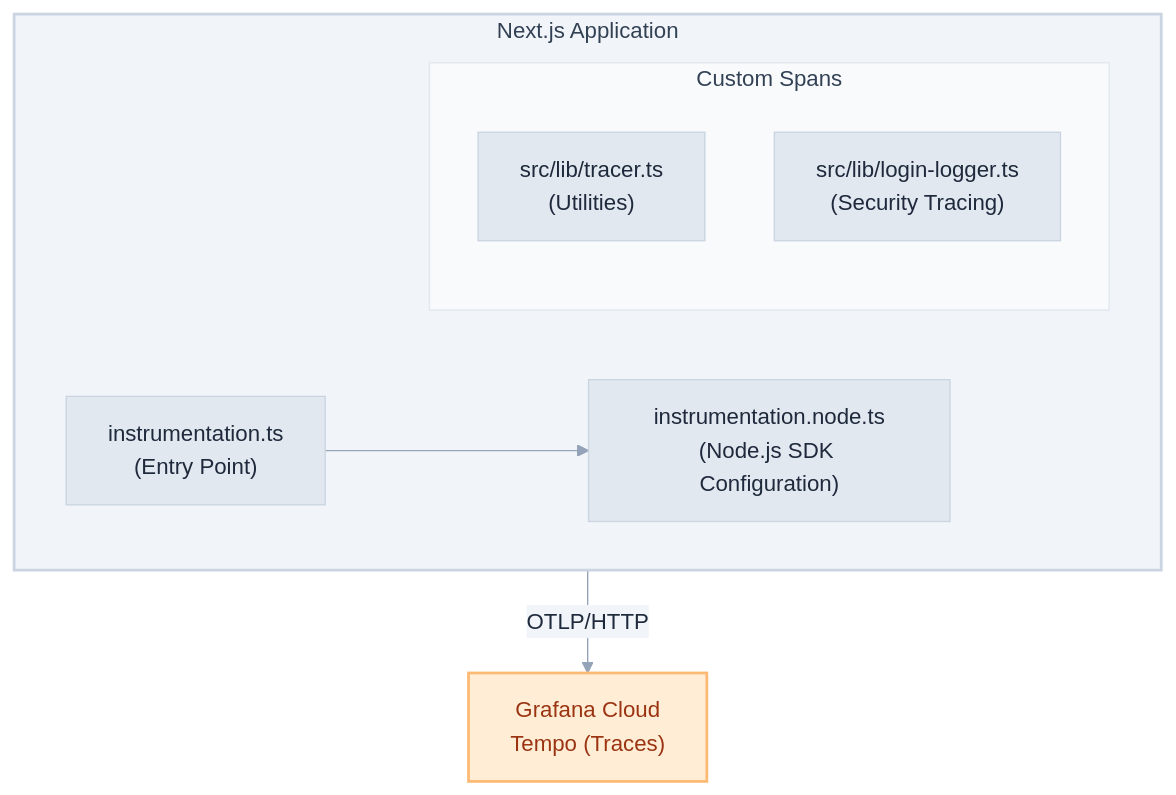
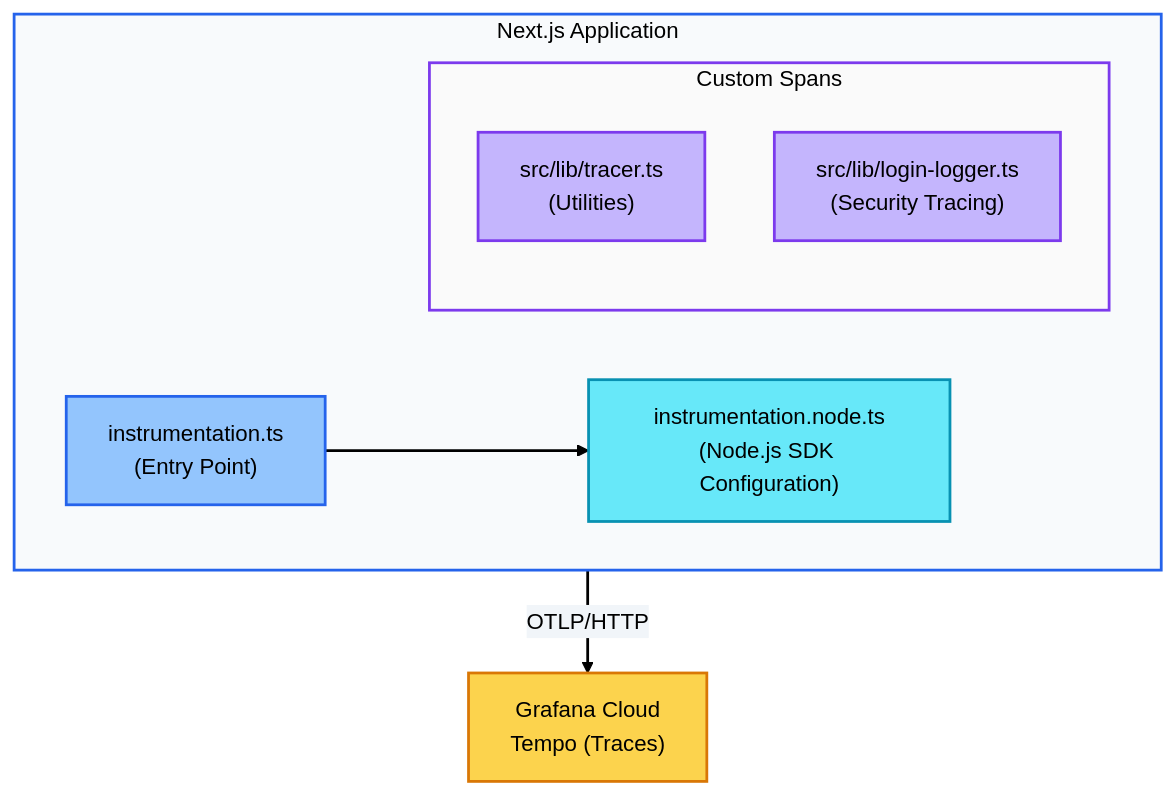
Before and after one commit to 3DHDSoft/devmultiplier-academy: the diagram in doc/opentelemetry_setup.md, drawn with Mermaid. The commit also changed 17 other files, not shown here.

````diff
--- a/doc/opentelemetry_setup.md
+++ b/doc/opentelemetry_setup.md
@@ -14,29 +14,37 @@
 ```mermaid
 %%{init: {'theme': 'base', 'themeVariables': {
-  'primaryColor': '#e2e8f0',
-  'primaryTextColor': '#1e293b',
-  'primaryBorderColor': '#cbd5e1',
-  'lineColor': '#94a3b8',
-  'secondaryColor': '#f1f5f9',
-  'tertiaryColor': '#f8fafc',
+  'primaryColor': '#f8fafc',
+  'primaryTextColor': '#000000',
+  'primaryBorderColor': '#2563eb',
+  'lineColor': '#000000',
+  'secondaryColor': '#fafafa',
+  'tertiaryColor': '#f5f5f5',
   'background': '#ffffff',
-  'textColor': '#334155',
+  'textColor': '#000000',
+  'edgeLabelBackground': '#f1f5f9',
   'fontFamily': 'system-ui, -apple-system, sans-serif'
-}}}%%graph TB
+}}}%%
+graph TB
     subgraph app["Next.js Application"]
         subgraph custom["Custom Spans"]
             tracer["src/lib/tracer.ts<br/>(Utilities)"]
             logger["src/lib/login-logger.ts<br/>(Security Tracing)"]
         end
 
         entry["instrumentation.ts<br/>(Entry Point)"]
         sdk["instrumentation.node.ts<br/>(Node.js SDK Configuration)"]
         entry --> sdk
     end
 
     app -->|OTLP/HTTP| grafana["Grafana Cloud<br/>Tempo (Traces)"]
 
-    style app fill:#f1f5f9,stroke:#cbd5e1,stroke-width:2px,color:#334155
-    style grafana fill:#ffedd5,stroke:#fdba74,stroke-width:2px,color:#9a3412
-    style custom fill:#f8fafc,stroke:#e2e8f0,stroke-width:1px,color:#334155
+    style app fill:#f8fafc,stroke:#2563eb,stroke-width:2px,color:#000000
+    style custom fill:#fafafa,stroke:#7c3aed,stroke-width:2px,color:#000000
+    style tracer fill:#c4b5fd,stroke:#7c3aed,color:#000000,stroke-width:2px
+    style logger fill:#c4b5fd,stroke:#7c3aed,color:#000000,stroke-width:2px
+    style entry fill:#93c5fd,stroke:#2563eb,color:#000000,stroke-width:2px
+    style sdk fill:#67e8f9,stroke:#0891b2,color:#000000,stroke-width:2px
+    style grafana fill:#fcd34d,stroke:#d97706,stroke-width:2px,color:#000000
+
+    linkStyle default stroke:#000000,stroke-width:2px
 ```
````
